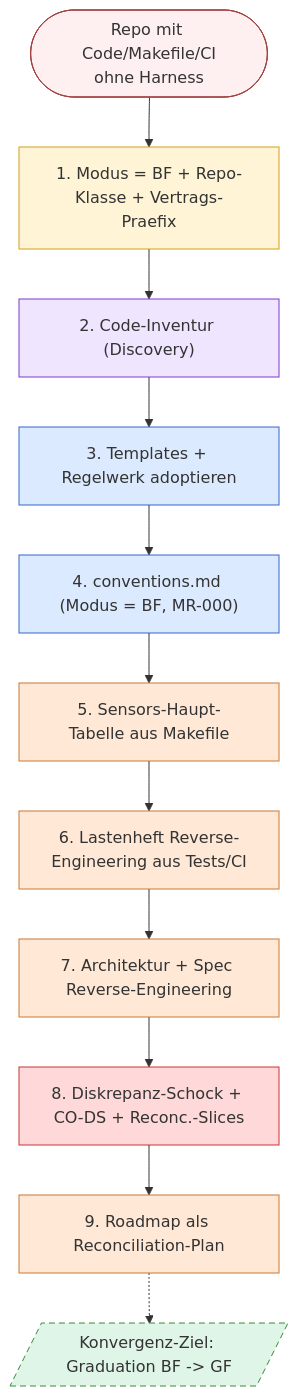
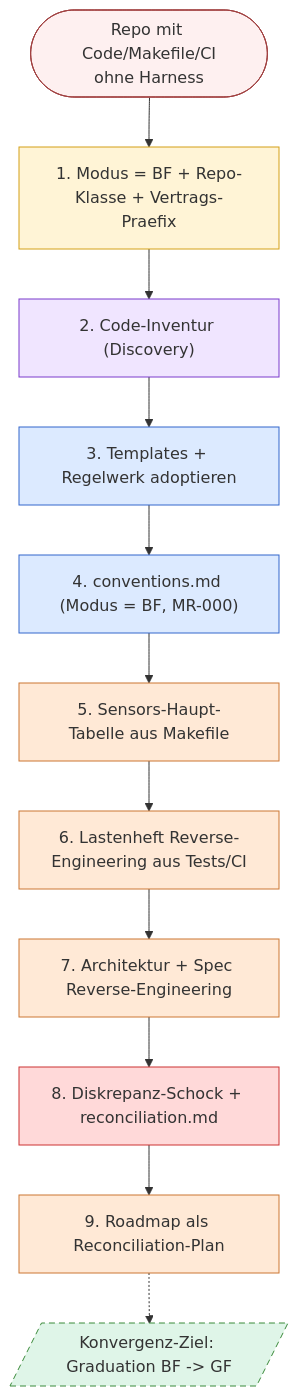
One commit to pt9912/ai-harness-course changed the second of 2 diagrams in kurs/de/01-spec-und-architektur/modul-02-harness-bootstrap.md. Above: the diagram before and after it, drawn with Mermaid. The commit also changed other lines of this file and 15 other files, not shown here.

````diff
--- a/kurs/de/01-spec-und-architektur/modul-02-harness-bootstrap.md
+++ b/kurs/de/01-spec-und-architektur/modul-02-harness-bootstrap.md
@@ -635,24 +635,24 @@
 ```mermaid
 flowchart TD
     Start([Repo mit Code/Makefile/CI<br/>ohne Harness]):::startBF
     S1["1. Modus = BF + Repo-Klasse + Vertrags-Praefix"]:::orient
     S2["2. Code-Inventur (Discovery)"]:::discover
     S3["3. Templates + Regelwerk adoptieren"]:::action
     S4["4. conventions.md (Modus = BF, MR-000)"]:::action
     S5["5. Sensors-Haupt-Tabelle aus Makefile"]:::contentBF
     S6["6. Lastenheft Reverse-Engineering aus Tests/CI"]:::contentBF
     S7["7. Architektur + Spec Reverse-Engineering"]:::contentBF
-    S8["8. Diskrepanz-Schock + CO-DS + Reconc.-Slices"]:::discrepancy
+    S8["8. Diskrepanz-Schock + reconciliation.md"]:::discrepancy
     S9["9. Roadmap als Reconciliation-Plan"]:::contentBF
     Graduation[/"Konvergenz-Ziel: Graduation BF -> GF"/]:::goal
 
     Start --> S1 --> S2 --> S3 --> S4 --> S5 --> S6 --> S7 --> S8 --> S9 -.-> Graduation
 
     classDef startBF fill:#fef0f0,stroke:#a14040
     classDef orient fill:#fff4d6,stroke:#d4a017
     classDef action fill:#dceaff,stroke:#3366cc
     classDef discover fill:#f0e5ff,stroke:#7a3acc
     classDef contentBF fill:#ffe9d6,stroke:#cc7733
     classDef discrepancy fill:#ffd9d9,stroke:#cc3333
     classDef goal fill:#dff5e8,stroke:#3a8a3a,stroke-dasharray: 6 4
 ```
````
